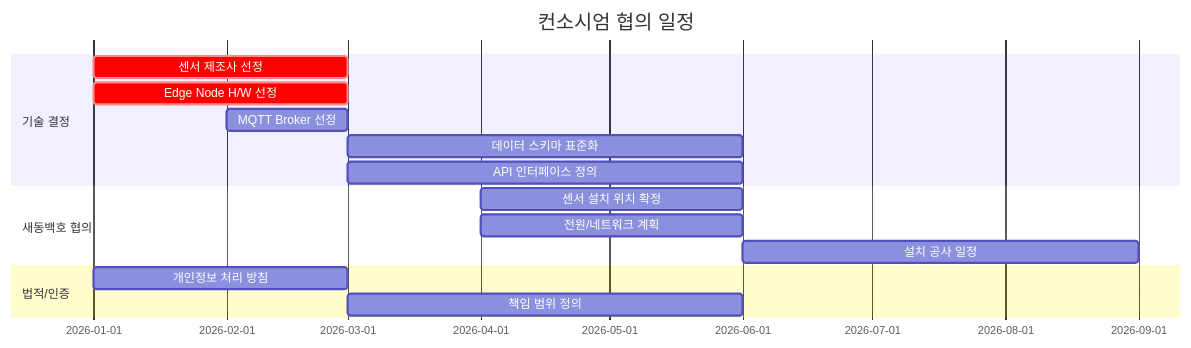
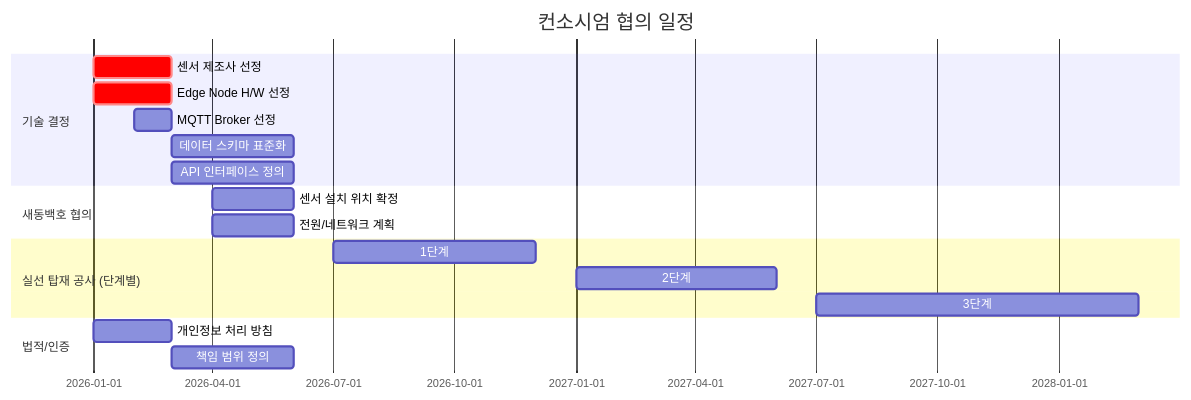
One commit to ymseo741/isedss-presentation changed diagram 26 of 26 in report.md. Above: the diagram before and after it, drawn with Mermaid. The commit also changed other lines of this file, not shown here.

````diff
--- a/report.md
+++ b/report.md
@@ -1447,18 +1447,21 @@
 ```mermaid
 gantt
     title 컨소시엄 협의 일정
     dateFormat  YYYY-MM
     section 기술 결정
     센서 제조사 선정       :crit, a1, 2026-01, 2026-03
     Edge Node H/W 선정    :crit, a2, 2026-01, 2026-03
     MQTT Broker 선정      :a3, 2026-02, 2026-03
     데이터 스키마 표준화   :a4, 2026-03, 2026-06
     API 인터페이스 정의    :a5, 2026-03, 2026-06
     section 새동백호 협의
     센서 설치 위치 확정    :b1, 2026-04, 2026-06
     전원/네트워크 계획     :b2, 2026-04, 2026-06
-    설치 공사 일정         :b3, 2026-06, 2026-09
+    section 실선 탑재 공사 (단계별)
+    1단계: 기반 인프라 설치   :d1, 2026-07, 2026-12
+    2단계: 코어 센서 설치     :d2, 2027-01, 2027-06
+    3단계: 전체 시스템 통합   :d3, 2027-07, 2028-03
     section 법적/인증
     개인정보 처리 방침     :c1, 2026-01, 2026-03
     책임 범위 정의         :c2, 2026-03, 2026-06
 ```
````
